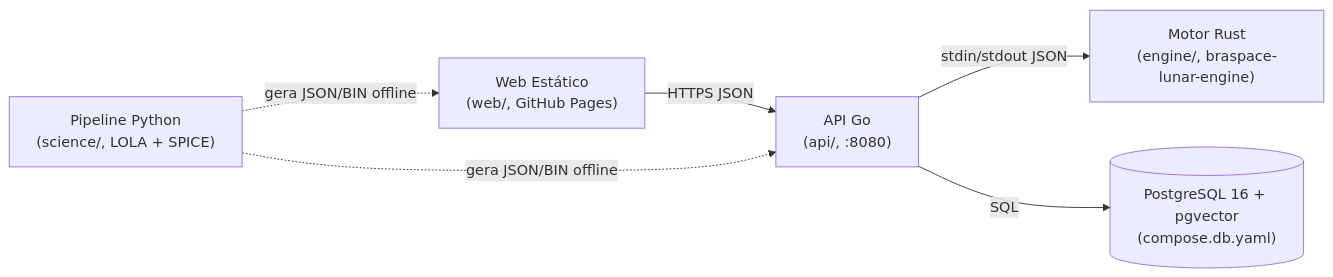
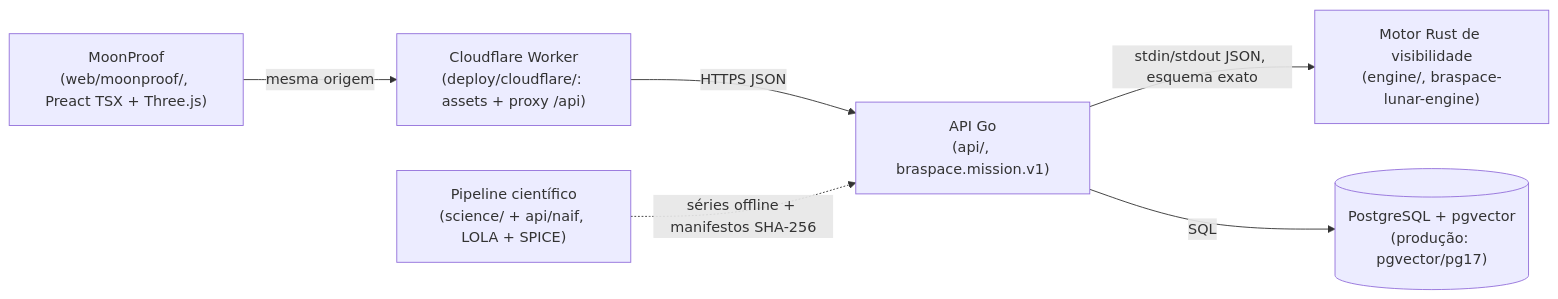
One commit to Braspace/Braspace changed the diagram in README.pt-BR.md. Above: the diagram before and after it, drawn with Mermaid. The commit also changed other lines of this file and 1 other file, not shown here.

First line of the commit message:
docs(readme): current production state (Worker /moonproof/, release 2b62474, same-origin proxy, pgvector quarantine, grid rule, ci-local gate)

````diff
--- a/README.pt-BR.md
+++ b/README.pt-BR.md
@@ -39,8 +40,8 @@
 ```mermaid
 flowchart LR
-    Browser["Web Estático<br/>(web/, GitHub Pages)"] -->|HTTPS JSON| API["API Go<br/>(api/, :8080)"]
-    API -->|stdin/stdout JSON| Engine["Motor Rust<br/>(engine/, braspace-lunar-engine)"]
-    API -->|SQL| DB[("PostgreSQL 16 + pgvector<br/>(compose.db.yaml)")]
-    Science["Pipeline Python<br/>(science/, LOLA + SPICE)"] -.->|gera JSON/BIN offline| API
-    Science -.->|gera JSON/BIN offline| Browser
+    Browser["MoonProof<br/>(web/moonproof/, Preact TSX + Three.js)"] -->|mesma origem| Worker["Cloudflare Worker<br/>(deploy/cloudflare/: assets + proxy /api)"]
+    Worker -->|HTTPS JSON| API["API Go<br/>(api/, braspace.mission.v1)"]
+    API -->|stdin/stdout JSON, esquema exato| Engine["Motor Rust de visibilidade<br/>(engine/, braspace-lunar-engine)"]
+    API -->|SQL| DB[("PostgreSQL + pgvector<br/>(produção: pgvector/pg17)")]
+    Science["Pipeline científico<br/>(science/ + api/naif, LOLA + SPICE)"] -.->|séries offline + manifestos SHA-256| API
 ```
````
